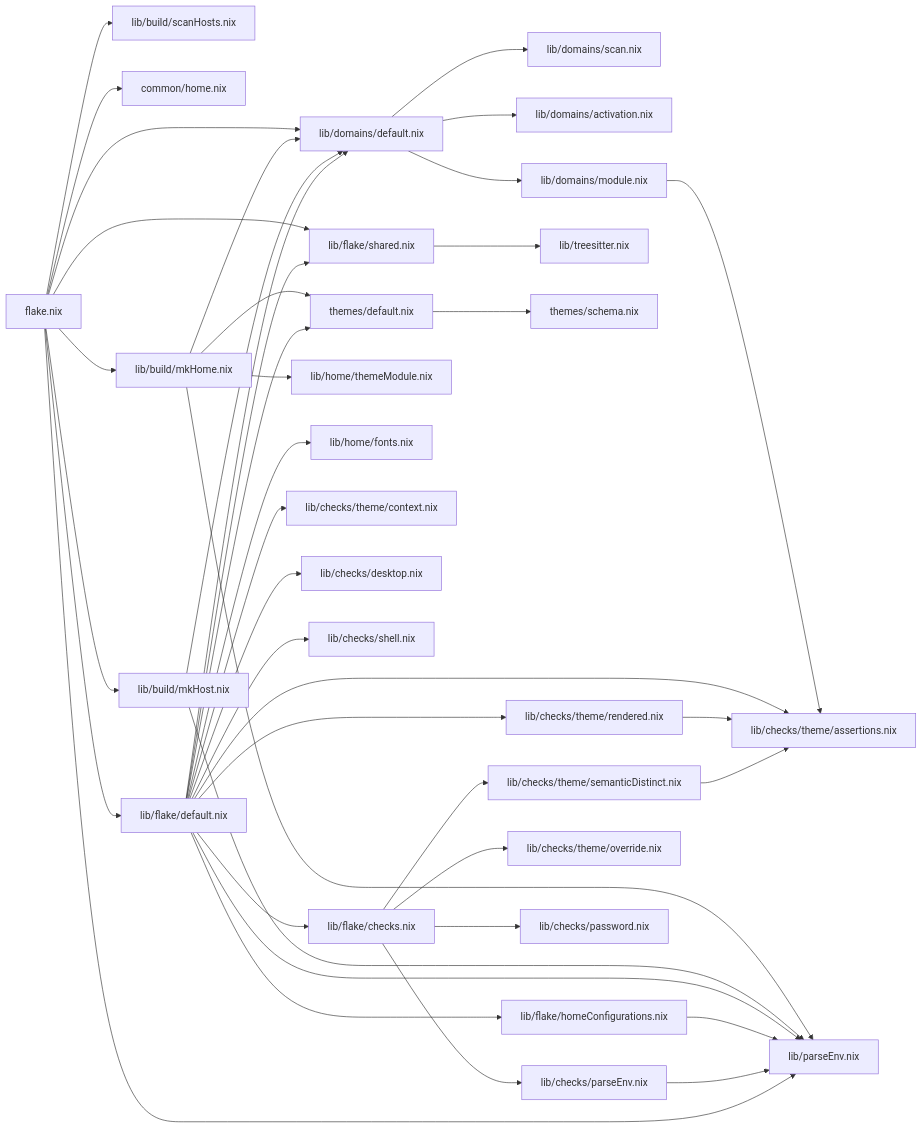
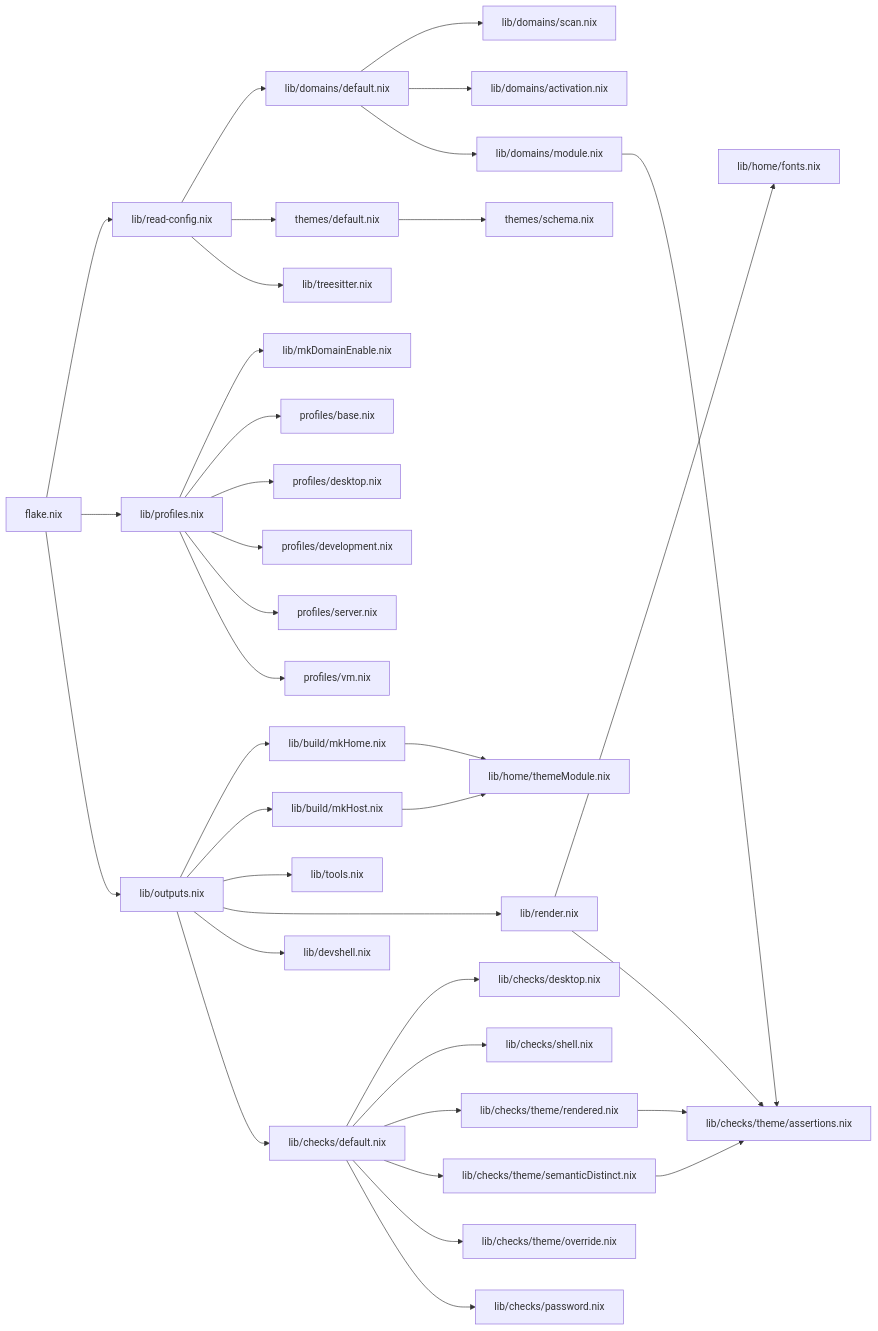
One commit to joaosimsic/angst changed the diagram in analysis.md. Above: the diagram before and after it, drawn with Mermaid. The commit also changed other lines of this file and 3 other files, not shown here.

````diff
--- a/analysis.md
+++ b/analysis.md
@@ -268,43 +251,38 @@
 ```mermaid
 flowchart LR
-    n0["flake.nix"] --> n1["lib/build/scanHosts.nix"]
-    n0["flake.nix"] --> n2["lib/domains/default.nix"]
+    n0["flake.nix"] --> n1["lib/read-config.nix"]
+    n1["lib/read-config.nix"] --> n2["lib/domains/default.nix"]
     n2["lib/domains/default.nix"] --> n3["lib/domains/scan.nix"]
     n2["lib/domains/default.nix"] --> n4["lib/domains/activation.nix"]
     n2["lib/domains/default.nix"] --> n5["lib/domains/module.nix"]
     n5["lib/domains/module.nix"] --> n6["lib/checks/theme/assertions.nix"]
-    n0["flake.nix"] --> n7["common/home.nix"]
-    n0["flake.nix"] --> n8["lib/flake/shared.nix"]
-    n8["lib/flake/shared.nix"] --> n9["lib/treesitter.nix"]
-    n0["flake.nix"] --> n10["lib/build/mkHome.nix"]
-    n10["lib/build/mkHome.nix"] --> n11["lib/parseEnv.nix"]
-    n10["lib/build/mkHome.nix"] --> n12["themes/default.nix"]
-    n12["themes/default.nix"] --> n13["themes/schema.nix"]
-    n10["lib/build/mkHome.nix"] --> n2["lib/domains/default.nix"]
-    n10["lib/build/mkHome.nix"] --> n14["lib/home/themeModule.nix"]
-    n0["flake.nix"] --> n15["lib/build/mkHost.nix"]
-    n15["lib/build/mkHost.nix"] --> n11["lib/parseEnv.nix"]
-    n15["lib/build/mkHost.nix"] --> n2["lib/domains/default.nix"]
-    n0["flake.nix"] --> n16["lib/flake/default.nix"]
-    n16["lib/flake/default.nix"] --> n11["lib/parseEnv.nix"]
-    n16["lib/flake/default.nix"] --> n2["lib/domains/default.nix"]
-    n16["lib/flake/default.nix"] --> n12["themes/default.nix"]
-    n16["lib/flake/default.nix"] --> n17["lib/home/fonts.nix"]
-    n16["lib/flake/default.nix"] --> n6["lib/checks/theme/assertions.nix"]
-    n16["lib/flake/default.nix"] --> n18["lib/checks/theme/context.nix"]
-    n16["lib/flake/default.nix"] --> n19["lib/checks/desktop.nix"]
-    n16["lib/flake/default.nix"] --> n20["lib/checks/shell.nix"]
-    n16["lib/flake/default.nix"] --> n21["lib/checks/theme/rendered.nix"]
-    n21["lib/checks/theme/rendered.nix"] --> n6["lib/checks/theme/assertions.nix"]
-    n16["lib/flake/default.nix"] --> n22["lib/flake/homeConfigurations.nix"]
-    n22["lib/flake/homeConfigurations.nix"] --> n11["lib/parseEnv.nix"]
-    n16["lib/flake/default.nix"] --> n23["lib/flake/checks.nix"]
-    n23["lib/flake/checks.nix"] --> n24["lib/checks/theme/semanticDistinct.nix"]
-    n24["lib/checks/theme/semanticDistinct.nix"] --> n6["lib/checks/theme/assertions.nix"]
-    n23["lib/flake/checks.nix"] --> n25["lib/checks/theme/override.nix"]
-    n23["lib/flake/checks.nix"] --> n26["lib/checks/parseEnv.nix"]
-    n26["lib/checks/parseEnv.nix"] --> n11["lib/parseEnv.nix"]
-    n23["lib/flake/checks.nix"] --> n27["lib/checks/password.nix"]
-    n16["lib/flake/default.nix"] --> n8["lib/flake/shared.nix"]
-    n0["flake.nix"] --> n11["lib/parseEnv.nix"]
+    n1["lib/read-config.nix"] --> n7["themes/default.nix"]
+    n7["themes/default.nix"] --> n8["themes/schema.nix"]
+    n1["lib/read-config.nix"] --> n9["lib/treesitter.nix"]
+    n0["flake.nix"] --> n10["lib/profiles.nix"]
+    n10["lib/profiles.nix"] --> n11["lib/mkDomainEnable.nix"]
+    n10["lib/profiles.nix"] --> n12["profiles/base.nix"]
+    n10["lib/profiles.nix"] --> n13["profiles/desktop.nix"]
+    n10["lib/profiles.nix"] --> n14["profiles/development.nix"]
+    n10["lib/profiles.nix"] --> n15["profiles/server.nix"]
+    n10["lib/profiles.nix"] --> n16["profiles/vm.nix"]
+    n0["flake.nix"] --> n17["lib/outputs.nix"]
+    n17["lib/outputs.nix"] --> n18["lib/build/mkHome.nix"]
+    n18["lib/build/mkHome.nix"] --> n19["lib/home/themeModule.nix"]
+    n17["lib/outputs.nix"] --> n20["lib/build/mkHost.nix"]
+    n20["lib/build/mkHost.nix"] --> n19["lib/home/themeModule.nix"]
+    n17["lib/outputs.nix"] --> n21["lib/tools.nix"]
+    n17["lib/outputs.nix"] --> n22["lib/render.nix"]
+    n22["lib/render.nix"] --> n23["lib/home/fonts.nix"]
+    n22["lib/render.nix"] --> n6["lib/checks/theme/assertions.nix"]
+    n17["lib/outputs.nix"] --> n24["lib/devshell.nix"]
+    n17["lib/outputs.nix"] --> n25["lib/checks/default.nix"]
+    n25["lib/checks/default.nix"] --> n26["lib/checks/desktop.nix"]
+    n25["lib/checks/default.nix"] --> n27["lib/checks/shell.nix"]
+    n25["lib/checks/default.nix"] --> n28["lib/checks/theme/rendered.nix"]
+    n28["lib/checks/theme/rendered.nix"] --> n6["lib/checks/theme/assertions.nix"]
+    n25["lib/checks/default.nix"] --> n29["lib/checks/theme/semanticDistinct.nix"]
+    n29["lib/checks/theme/semanticDistinct.nix"] --> n6["lib/checks/theme/assertions.nix"]
+    n25["lib/checks/default.nix"] --> n30["lib/checks/theme/override.nix"]
+    n25["lib/checks/default.nix"] --> n31["lib/checks/password.nix"]
 ```
````
